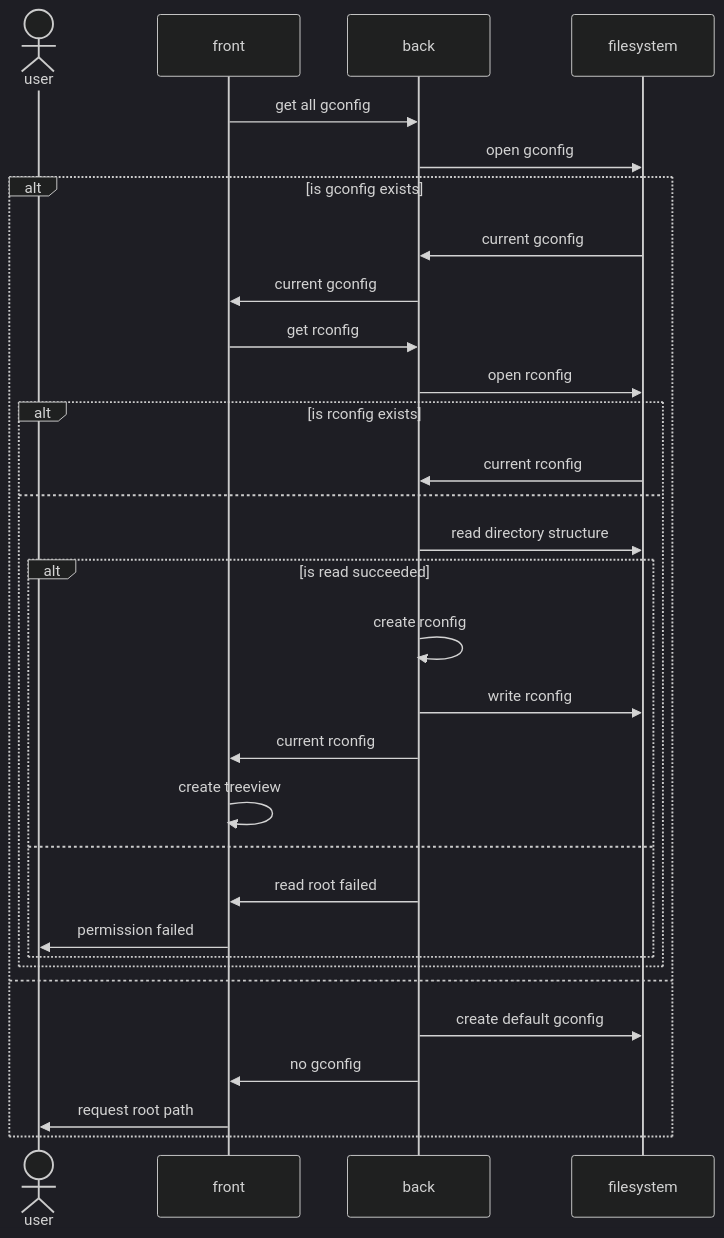
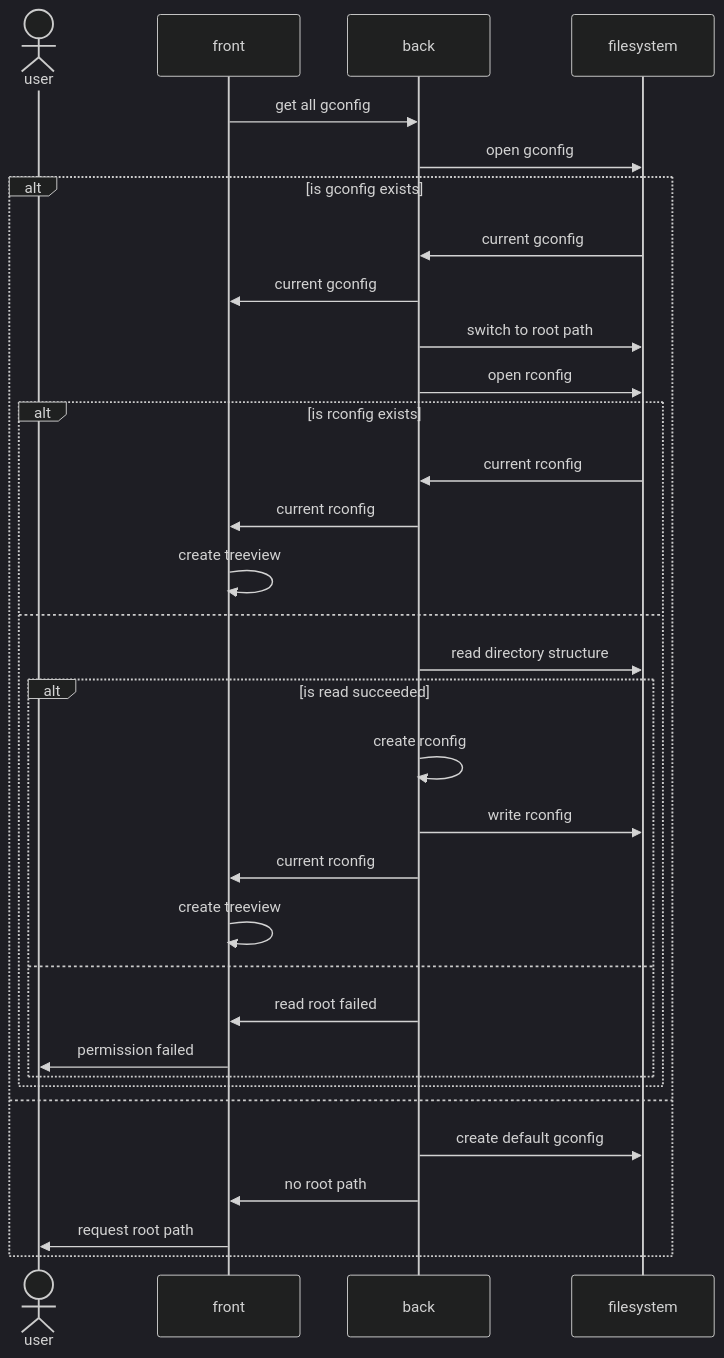
Before and after one commit to uoyniXnaH/Rescue-md-notebook: the first of 3 diagrams in README.md, drawn with Mermaid (dark theme). The commit also changed other lines of this file, not shown here.

Commit message:
CHORE: update sequences

````diff
--- a/README.md
+++ b/README.md
@@ -21,33 +21,35 @@
 ```mermaid
 sequenceDiagram
     actor user
     participant front
     participant back
     participant filesystem
     front->>back: get all gconfig
     back->>filesystem: open gconfig
     alt is gconfig exists
         filesystem->>back: current gconfig
         back->>front: current gconfig
-        front->>back: get rconfig
+        back->>filesystem: switch to root path
         back->>filesystem: open rconfig
         alt is rconfig exists
             filesystem->>back: current rconfig
+            back->>front: current rconfig
+            front->>front: create treeview
         else
             back->>filesystem: read directory structure
             alt is read succeeded
                 back->>back: create rconfig
                 back->>filesystem: write rconfig
                 back->>front: current rconfig
                 front->>front: create treeview
             else
                 back->>front: read root failed
                 front->>user: permission failed
             end
         end
     else
         back->>filesystem: create default gconfig
-        back->>front: no gconfig
+        back->>front: no root path
         front->>user: request root path
     end
 ```
````
